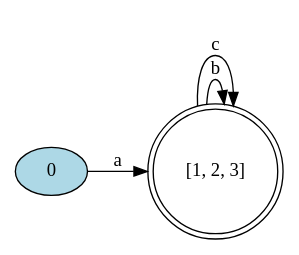
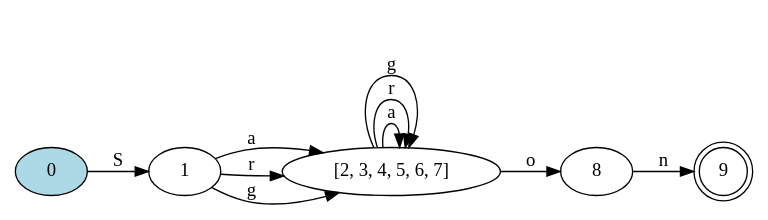
One commit to Daniel-Sima/Clone-of-the-egrep-UNIX-command changed the diagram in Min-DFA.dot. Above: the diagram before and after it, drawn with Graphviz. The commit also changed 13 other files, not shown here.

```diff
--- a/Min-DFA.dot
+++ b/Min-DFA.dot
@@ -1,10 +1,16 @@
 digraph {
 	rankdir=LR;
 
-	"[1, 2, 3]" [shape=doublecircle]
+	"9" [shape=doublecircle]
 	0 [style=filled, fillcolor="lightblue"]
 
-	0->"[1, 2, 3]" [label= "a"];
-	"[1, 2, 3]"->"[1, 2, 3]" [label= "b"];
-	"[1, 2, 3]"->"[1, 2, 3]" [label= "c"];
+	0->1 [label= "S"];
+	8->9 [label= "n"];
+	1->"[2, 3, 4, 5, 6, 7]" [label= "a"];
+	1->"[2, 3, 4, 5, 6, 7]" [label= "r"];
+	1->"[2, 3, 4, 5, 6, 7]" [label= "g"];
+	"[2, 3, 4, 5, 6, 7]"->"[2, 3, 4, 5, 6, 7]" [label= "a"];
+	"[2, 3, 4, 5, 6, 7]"->"[2, 3, 4, 5, 6, 7]" [label= "r"];
+	"[2, 3, 4, 5, 6, 7]"->"[2, 3, 4, 5, 6, 7]" [label= "g"];
+	"[2, 3, 4, 5, 6, 7]"->8 [label= "o"];
 }
```
